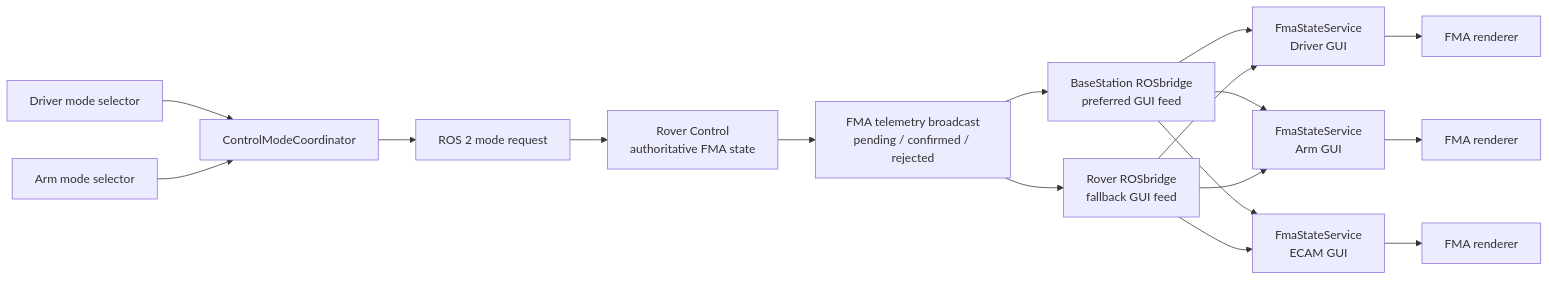
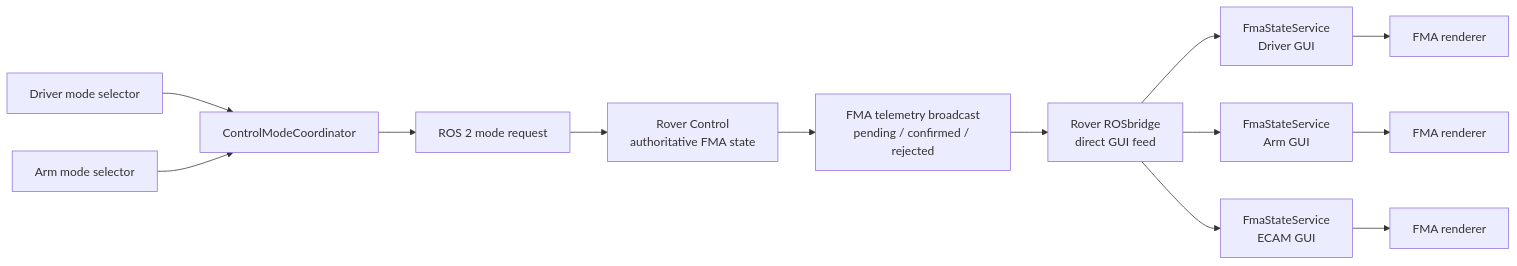
The second of 2 diagrams in gui/docs/control-modes.md (deakin-robotics/Chasmata-2027), drawn with Mermaid before and after one commit. The commit also changed other lines of this file and 10 other files, not shown here.

Commit message:
Use Rover directly for FMA telemetry

````diff
--- a/gui/docs/control-modes.md
+++ b/gui/docs/control-modes.md
@@ -113,19 +112,15 @@
 ```mermaid
 flowchart LR
     driver[Driver mode selector] --> coordinator[ControlModeCoordinator]
     arm[Arm mode selector] --> coordinator
     coordinator --> request[ROS 2 mode request]
     request --> rover[Rover Control<br/>authoritative FMA state]
     rover --> broadcast[FMA telemetry broadcast<br/>pending / confirmed / rejected]
-    broadcast --> basestation[BaseStation ROSbridge<br/>preferred GUI feed]
-    broadcast --> direct[Rover ROSbridge<br/>fallback GUI feed]
-    basestation --> browser1[FmaStateService<br/>Driver GUI]
-    basestation --> browser2[FmaStateService<br/>Arm GUI]
-    basestation --> browser3[FmaStateService<br/>ECAM GUI]
-    direct --> browser1
-    direct --> browser2
-    direct --> browser3
+    broadcast --> direct[Rover ROSbridge<br/>direct GUI feed]
+    direct --> browser1[FmaStateService<br/>Driver GUI]
+    direct --> browser2[FmaStateService<br/>Arm GUI]
+    direct --> browser3[FmaStateService<br/>ECAM GUI]
     browser1 --> renderer1[FMA renderer]
     browser2 --> renderer2[FMA renderer]
     browser3 --> renderer3[FMA renderer]
 ```
````
